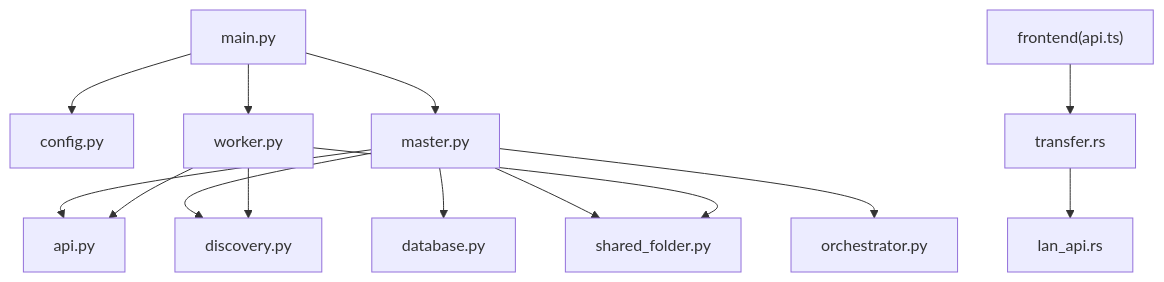
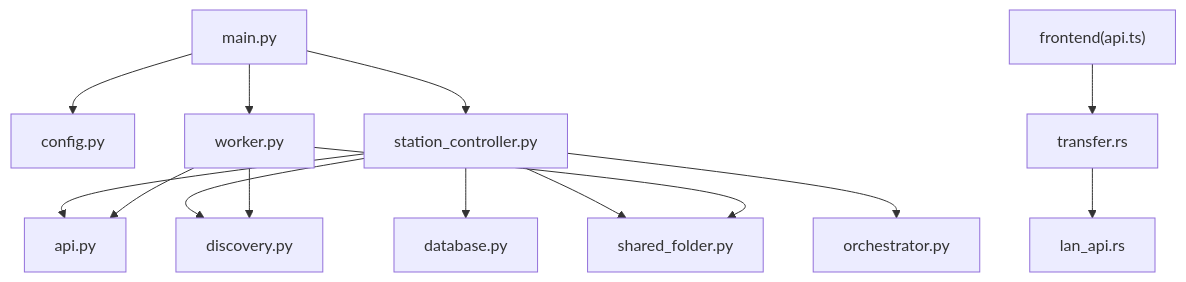
One commit to targalian/Personal-distributed-workstation changed the eighth of 8 diagrams in .qoder/repowiki/zh/content/核心模块/文件共享系统.md. Above: the diagram before and after it, drawn with Mermaid. The commit also changed other lines of this file and 63 other files, not shown here.

Commit message:
docs(station): 同步 repo wiki 至 station_controller/station_api 架构

````diff
--- a/.qoder/repowiki/zh/content/核心模块/文件共享系统.md
+++ b/.qoder/repowiki/zh/content/核心模块/文件共享系统.md
@@ -327,16 +327,16 @@
 ```mermaid
 graph TB
 MAIN["main.py"] --> CFG["config.py"]
-MAIN --> MASTER["master.py"]
+MAIN --> MASTER["station_controller.py"]
 MAIN --> WORKER["worker.py"]
 MASTER --> API["api.py"]
 MASTER --> DISC["discovery.py"]
 MASTER --> DB["database.py"]
 MASTER --> SF["shared_folder.py"]
 MASTER --> ORCH["orchestrator.py"]
 WORKER --> API
 WORKER --> DISC
 WORKER --> SF
 FE["frontend(api.ts)"] --> TRANS["transfer.rs"]
 TRANS --> LANAPI["lan_api.rs"]
 ```
````
